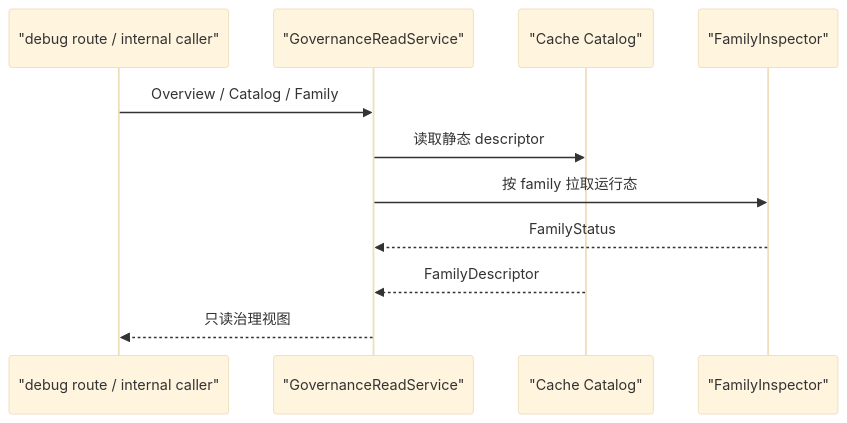
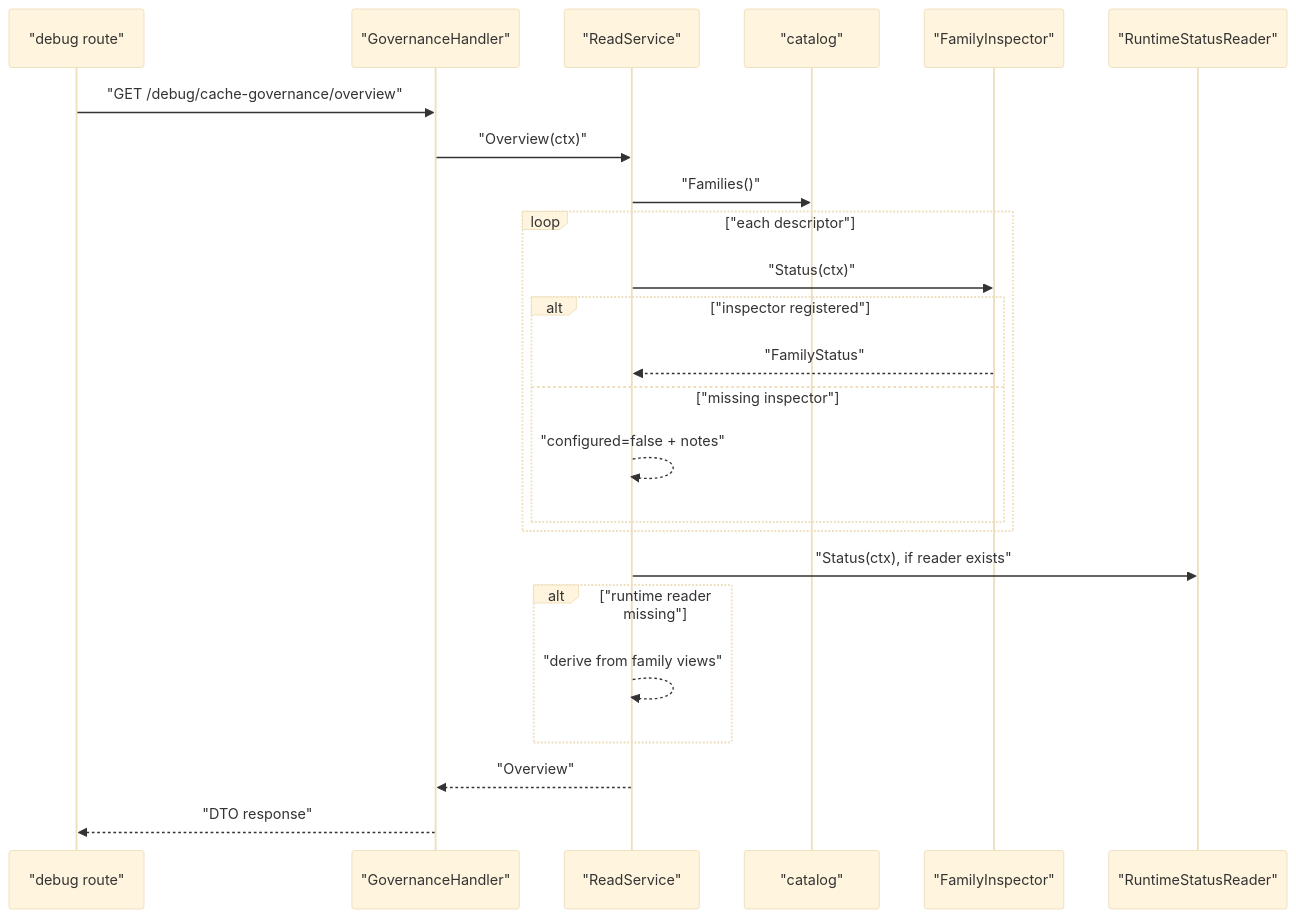
The third of 4 diagrams in docs/05-专题分析/05-IAM缓存层--缓存层的设计与治理.md (FangcunMount/iam), drawn with Mermaid (base theme) before and after one commit. The commit also changed other lines of this file and 61 other files, not shown here.

````diff
--- a/docs/05-专题分析/05-IAM缓存层--缓存层的设计与治理.md
+++ b/docs/05-专题分析/05-IAM缓存层--缓存层的设计与治理.md
@@ -183,14 +124,27 @@
 ```mermaid
 sequenceDiagram
-    participant Caller as "debug route / internal caller"
-    participant Gov as "GovernanceReadService"
-    participant Catalog as "Cache Catalog"
+    participant Debug as "debug route"
+    participant Handler as "GovernanceHandler"
+    participant Service as "ReadService"
+    participant Catalog as "catalog"
     participant Inspector as "FamilyInspector"
+    participant Runtime as "RuntimeStatusReader"
 
-    Caller->>Gov: Overview / Catalog / Family
-    Gov->>Catalog: 读取静态 descriptor
-    Gov->>Inspector: 按 family 拉取运行态
-    Inspector-->>Gov: FamilyStatus
-    Catalog-->>Gov: FamilyDescriptor
-    Gov-->>Caller: 只读治理视图
+    Debug->>Handler: "GET /debug/cache-governance/overview"
+    Handler->>Service: "Overview(ctx)"
+    Service->>Catalog: "Families()"
+    loop "each descriptor"
+        Service->>Inspector: "Status(ctx)"
+        alt "inspector registered"
+            Inspector-->>Service: "FamilyStatus"
+        else "missing inspector"
+            Service-->>Service: "configured=false + notes"
+        end
+    end
+    Service->>Runtime: "Status(ctx), if reader exists"
+    alt "runtime reader missing"
+        Service-->>Service: "derive from family views"
+    end
+    Service-->>Handler: "Overview"
+    Handler-->>Debug: "DTO response"
 ```
````
